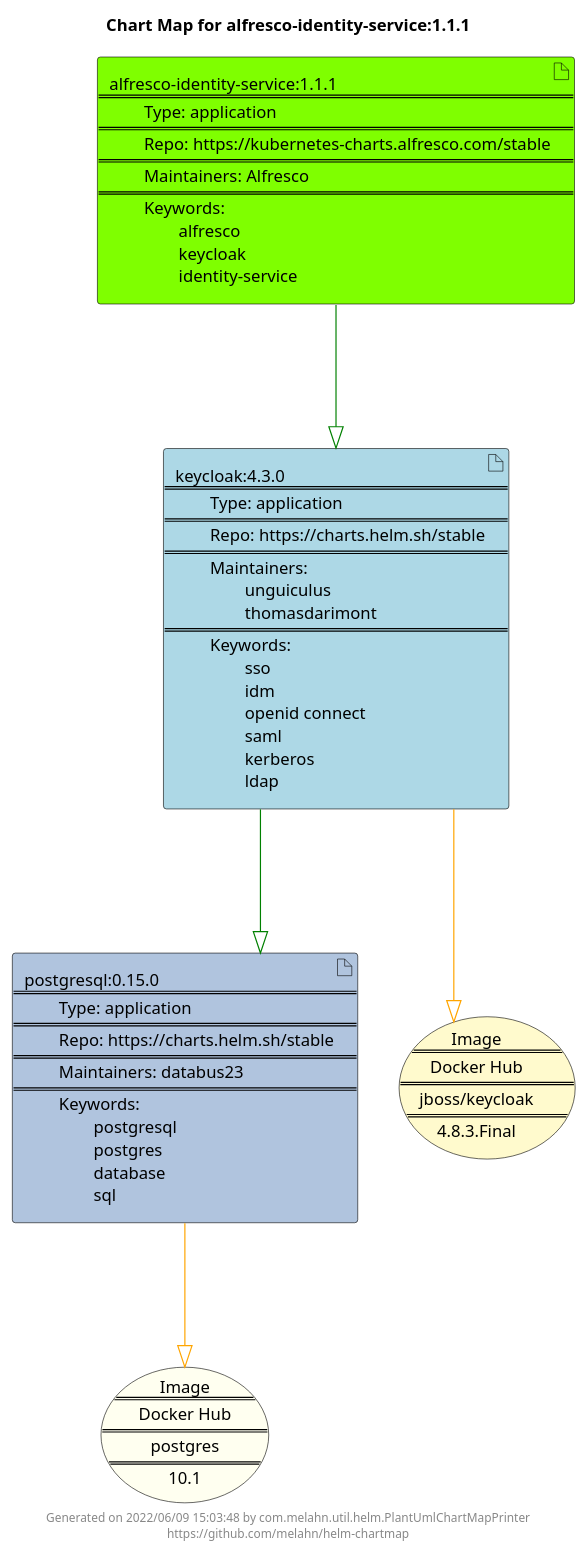
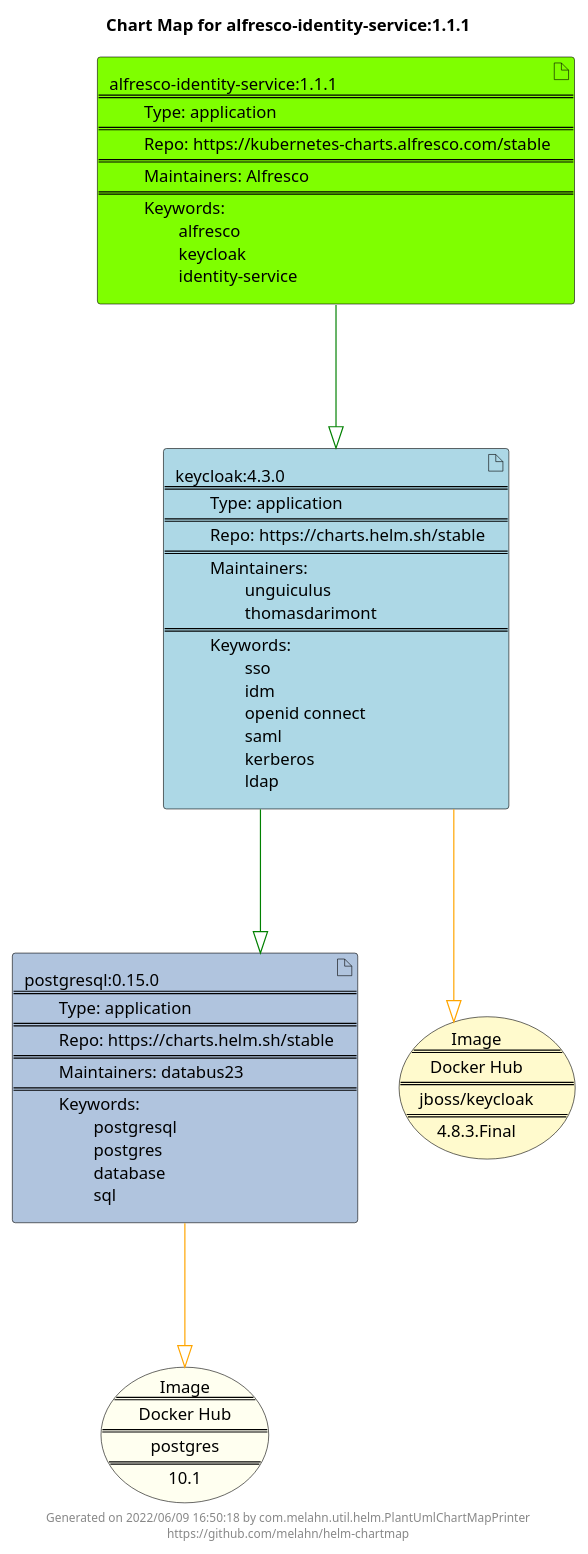
The diagram in docs/alfresco-identity-service/alfresco-identity-service-1.1.1.puml (melahn/helm-chartmap), drawn with PlantUML before and after one commit. The commit also changed 59 other files, not shown here.

Commit message:
Update Example Chart Maps as part of GitHub build

```diff
--- a/docs/alfresco-identity-service/alfresco-identity-service-1.1.1.puml
+++ b/docs/alfresco-identity-service/alfresco-identity-service-1.1.1.puml
@@ -1,27 +1,27 @@
 @startuml
 skinparam linetype ortho
 skinparam backgroundColor white
 skinparam usecaseBorderColor black
 skinparam usecaseArrowColor LightSlateGray
 skinparam artifactBorderColor black
 skinparam artifactArrowColor LightSlateGray
 
 title Chart Map for alfresco-identity-service:1.1.1
 
 'There are 3 referenced Helm Charts
 artifact "postgresql:0.15.0\n====\n\tType: application\n====\n\tRepo: https://charts.helm.sh/stable\n====\n\tMaintainers: databus23\n====\n\tKeywords: \n\t\tpostgresql\n\t\tpostgres\n\t\tdatabase\n\t\tsql" as postgresql_0_15_0 #LightSteelBlue
 artifact "alfresco-identity-service:1.1.1\n====\n\tType: application\n====\n\tRepo: https://kubernetes-charts.alfresco.com/stable\n====\n\tMaintainers: Alfresco\n====\n\tKeywords: \n\t\talfresco\n\t\tkeycloak\n\t\tidentity-service" as alfresco_identity_service_1_1_1 #Chartreuse
 artifact "keycloak:4.3.0\n====\n\tType: application\n====\n\tRepo: https://charts.helm.sh/stable\n====\n\tMaintainers: \n\t\tunguiculus\n\t\tthomasdarimont\n====\n\tKeywords: \n\t\tsso\n\t\tidm\n\t\topenid connect\n\t\tsaml\n\t\tkerberos\n\t\tldap" as keycloak_4_3_0 #LightBlue
 
 'There are 2 referenced Docker Images
 usecase "Image\n====\nDocker Hub\n====\npostgres\n====\n10.1" as postgres_10_1 #Ivory
 usecase "Image\n====\nDocker Hub\n====\njboss/keycloak\n====\n4.8.3.Final" as jboss_keycloak_4_8_3_Final #LemonChiffon
 
 'Chart Dependencies
 alfresco_identity_service_1_1_1--[#green]-|>keycloak_4_3_0
 keycloak_4_3_0--[#green]-|>postgresql_0_15_0
 postgresql_0_15_0--[#orange]-|>postgres_10_1
 keycloak_4_3_0--[#orange]-|>jboss_keycloak_4_8_3_Final
 
-center footer Generated on 2022/06/09 15:03:48 by com.melahn.util.helm.PlantUmlChartMapPrinter\nhttps://github.com/melahn/helm-chartmap
+center footer Generated on 2022/06/09 16:50:18 by com.melahn.util.helm.PlantUmlChartMapPrinter\nhttps://github.com/melahn/helm-chartmap
 @enduml
```
